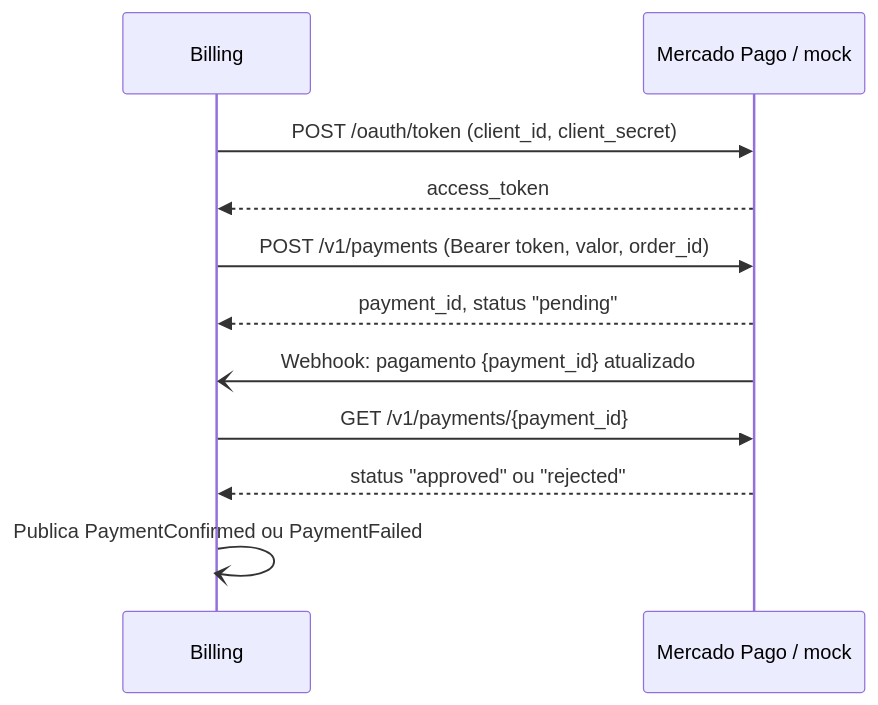
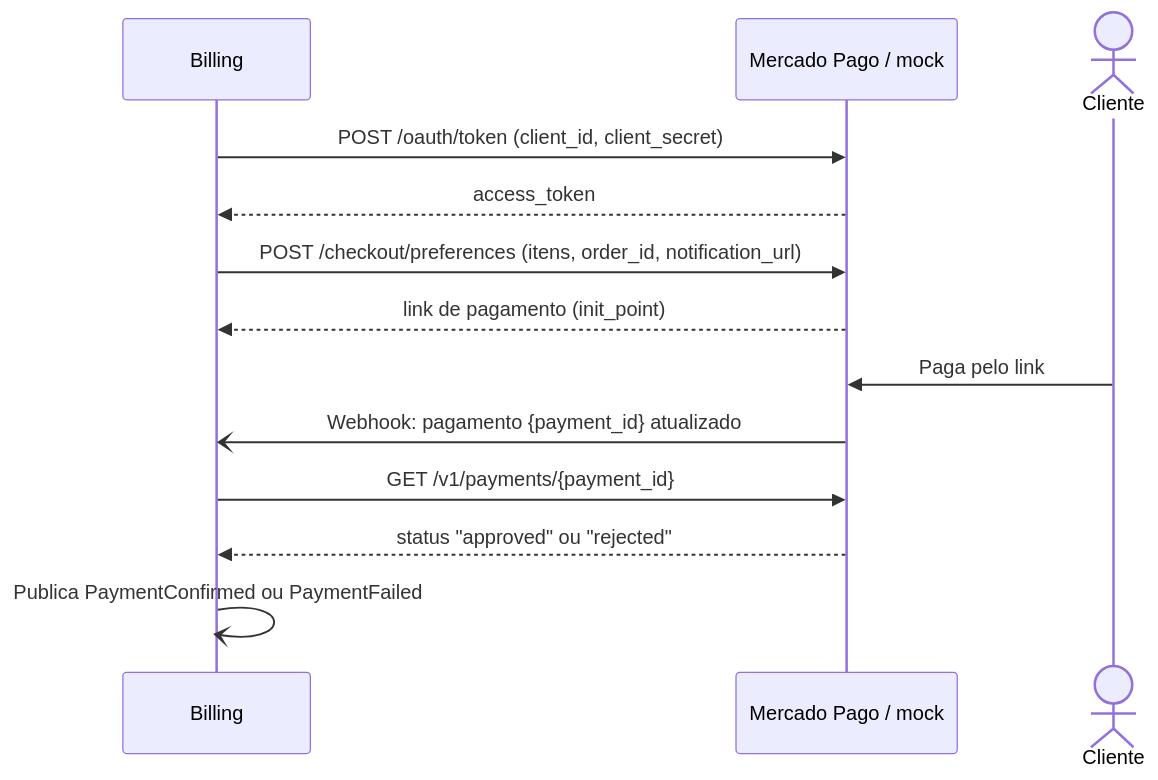
The diagram in docs/adr/ADR-007-pagamento.md (Jackeline2020/app-autoshop), drawn with Mermaid before and after one commit. The commit also changed other lines of this file, not shown here.

Commit message:
docs: ADR-007 com o fluxo do Checkout Pro

````diff
--- a/docs/adr/ADR-007-pagamento.md
+++ b/docs/adr/ADR-007-pagamento.md
@@ -26,13 +29,15 @@
 ```mermaid
 sequenceDiagram
     participant B as Billing
     participant P as Mercado Pago / mock
+    actor C as Cliente
     B->>P: POST /oauth/token (client_id, client_secret)
     P-->>B: access_token
-    B->>P: POST /v1/payments (Bearer token, valor, order_id)
-    P-->>B: payment_id, status "pending"
+    B->>P: POST /checkout/preferences (itens, order_id, notification_url)
+    P-->>B: link de pagamento (init_point)
+    C->>P: Paga pelo link
     P-)B: Webhook: pagamento {payment_id} atualizado
     B->>P: GET /v1/payments/{payment_id}
     P-->>B: status "approved" ou "rejected"
     B-)B: Publica PaymentConfirmed ou PaymentFailed
 ```
````
